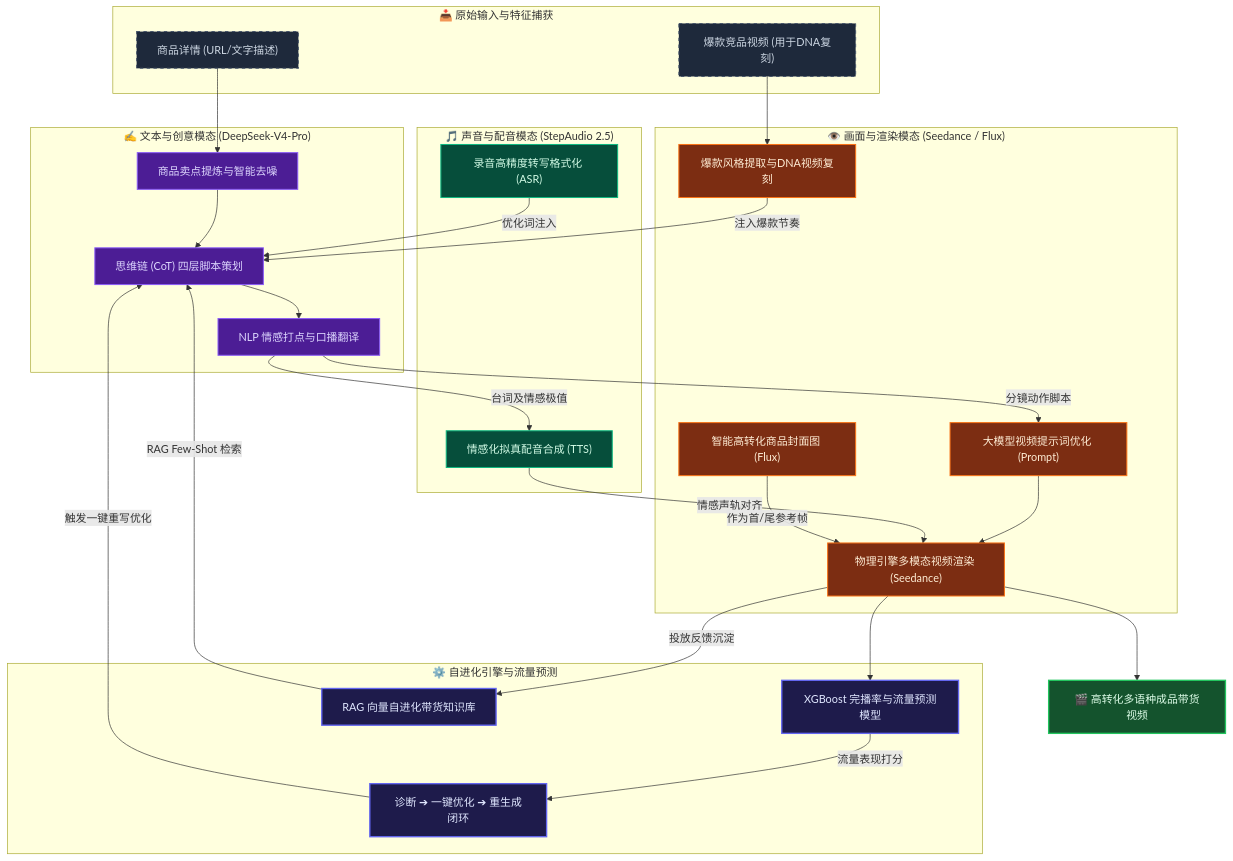
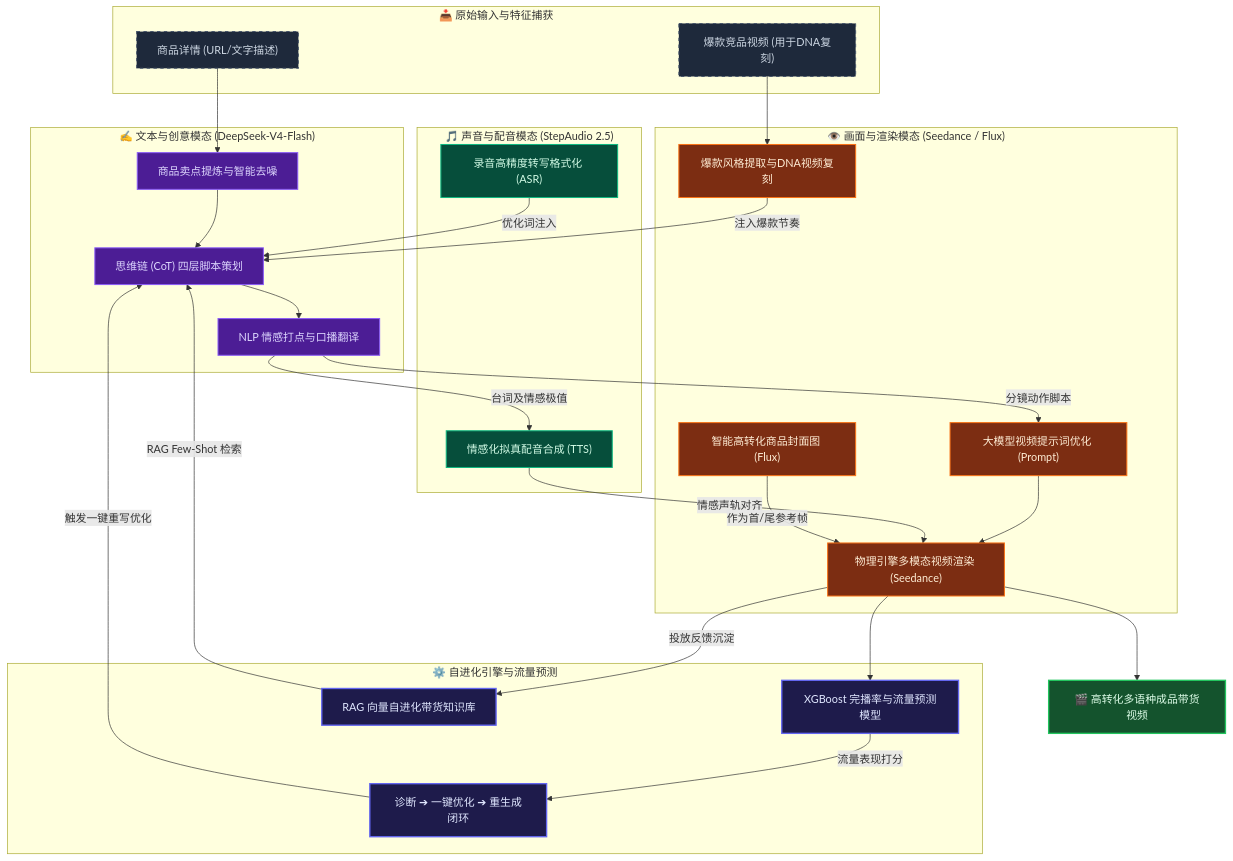
One commit to Hibiscus00/Shopro-AI changed the diagram in docs/ai/ai.md. Above: the diagram before and after it, drawn with Mermaid. The commit also changed other lines of this file and 8 other files, not shown here.

Commit message:
feat: implement DeepSeek-V4-Pro proxy Edge Function, add SSE stream handling utilities, and integrate direct API fallback support.

````diff
--- a/docs/ai/ai.md
+++ b/docs/ai/ai.md
@@ -7,62 +7,62 @@
 ```mermaid
 graph TD
     %% Styling and Theme
     classDef default fill:#111216,stroke:#333842,stroke-width:1px,color:#ffffff;
     classDef input fill:#1e293b,stroke:#475569,stroke-width:1.5px,stroke-dasharray: 5 5,color:#cbd5e1;
     classDef text fill:#4c1d95,stroke:#8b5cf6,stroke-width:1.5px,color:#ddd6fe;
     classDef audio fill:#064e3b,stroke:#10b981,stroke-width:1.5px,color:#d1fae5;
     classDef vision fill:#7c2d12,stroke:#f97316,stroke-width:1.5px,color:#ffedd5;
     classDef engine fill:#1e1b4b,stroke:#6366f1,stroke-width:2px,color:#e0e7ff;
     classDef output fill:#14532d,stroke:#22c55e,stroke-width:2px,color:#dcfce7;
 
     %% Nodes Definitions
     subgraph INPUT_STAGE ["📥 原始输入与特征捕获"]
         A["商品详情 (URL/文字描述)"]:::input
         B["爆款竞品视频 (用于DNA复刻)"]:::input
     end
 
-    subgraph TEXT_STAGE ["✍️ 文本与创意模态 (DeepSeek-V4-Pro)"]
+    subgraph TEXT_STAGE ["✍️ 文本与创意模态 (DeepSeek-V4-Flash)"]
         T1["商品卖点提炼与智能去噪"]:::text
         T2["思维链 (CoT) 四层脚本策划"]:::text
         T3["NLP 情感打点与口播翻译"]:::text
     end
 
     subgraph AUDIO_STAGE ["🎵 声音与配音模态 (StepAudio 2.5)"]
         A1["情感化拟真配音合成 (TTS)"]:::audio
         A2["录音高精度转写格式化 (ASR)"]:::audio
     end
 
     subgraph VISION_STAGE ["👁️ 画面与渲染模态 (Seedance / Flux)"]
         V1["大模型视频提示词优化 (Prompt)"]:::vision
         V2["爆款风格提取与DNA视频复刻"]:::vision
         V3["智能高转化商品封面图 (Flux)"]:::vision
         V4["物理引擎多模态视频渲染 (Seedance)"]:::vision
     end
 
     subgraph OPTIMIZE_STAGE ["⚙️ 自进化引擎与流量预测"]
         E1["XGBoost 完播率与流量预测模型"]:::engine
         E2["RAG 向量自进化带货知识库"]:::engine
         E3["诊断 ➔ 一键优化 ➔ 重生成闭环"]:::engine
     end
 
     OUT["🎬 高转化多语种成品带货视频"]:::output
 
     %% Flow/Connections
     A --> T1
     B --> V2
     T1 --> T2
     V2 -->|注入爆款节奏| T2
     T2 --> T3
     T3 -->|台词及情感极值| A1
     T3 -->|分镜动作脚本| V1
     A2 -->|优化词注入| T2
     V1 --> V4
     A1 -->|情感声轨对齐| V4
     V3 -->|作为首/尾参考帧| V4
     V4 --> E1
     E1 -->|流量表现打分| E3
     E3 -->|触发一键重写优化| T2
     V4 -->|投放反馈沉淀| E2
     E2 -->|RAG Few-Shot 检索| T2
     V4 --> OUT
 ```
````
